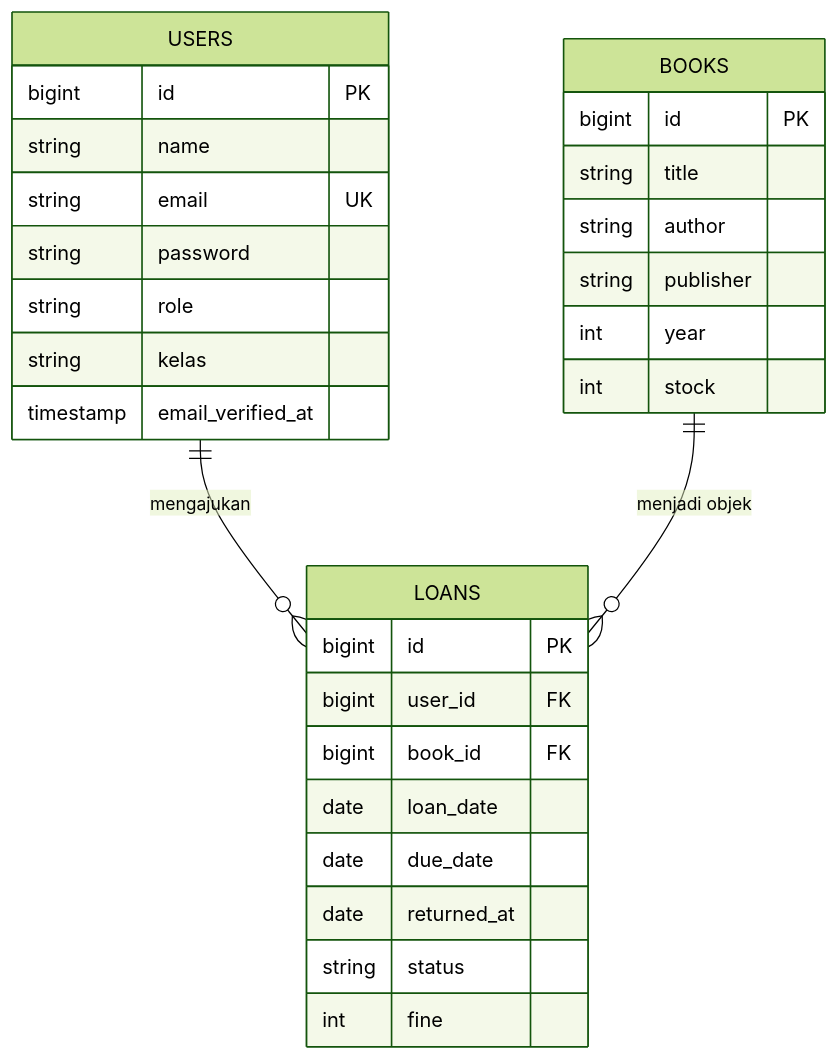
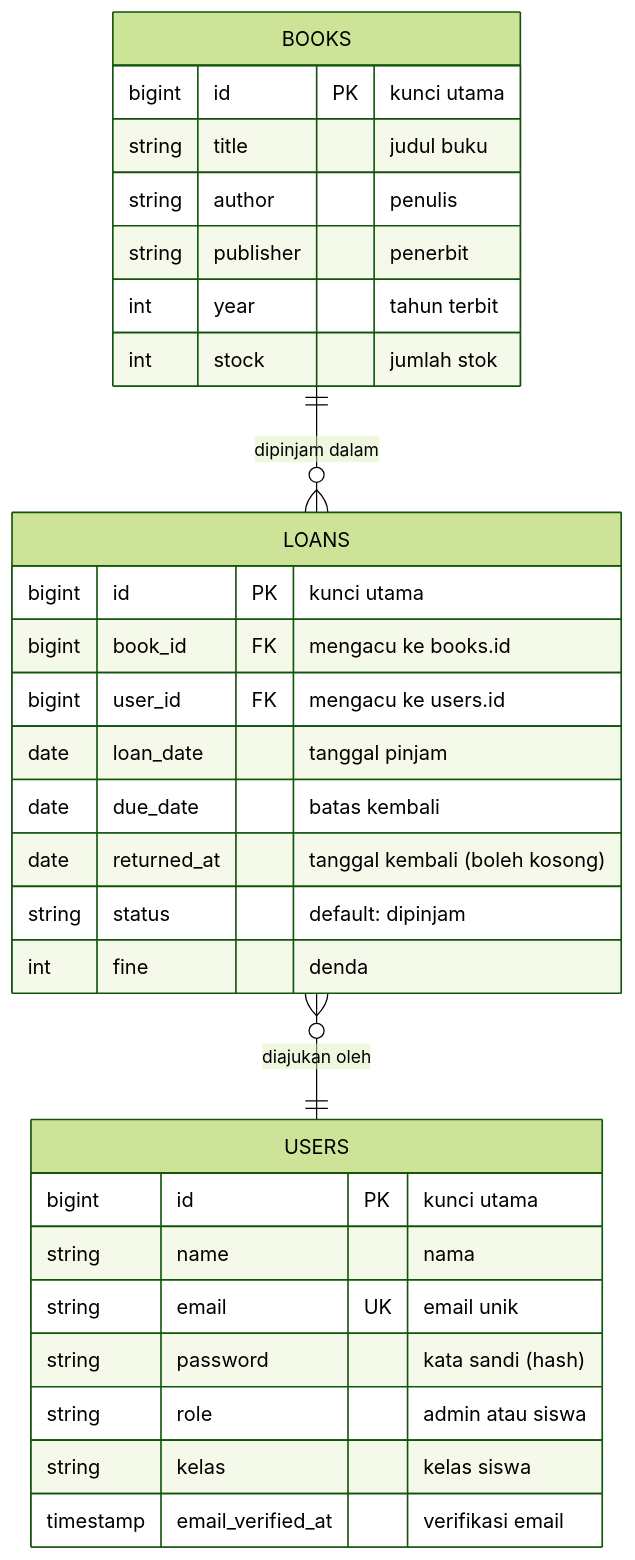
One commit to gesannn/UKK-2026-Andi-Alfatih-Ghaisan-Peminjaman-Buku changed the diagram in README.md. Above: the diagram before and after it, drawn with Mermaid (forest theme). The commit also changed other lines of this file, not shown here.

````diff
--- a/README.md
+++ b/README.md
@@ -41,32 +43,35 @@
 ```mermaid
 erDiagram
-  USERS ||--o{ LOANS : "mengajukan"
-  BOOKS ||--o{ LOANS : "menjadi objek"
+  BOOKS ||--o{ LOANS : "dipinjam dalam"
+  LOANS }o--|| USERS : "diajukan oleh"
+
+  BOOKS {
+    bigint id PK "kunci utama"
+    string title "judul buku"
+    string author "penulis"
+    string publisher "penerbit"
+    int year "tahun terbit"
+    int stock "jumlah stok"
+  }
+
+  LOANS {
+    bigint id PK "kunci utama"
+    bigint book_id FK "mengacu ke books.id"
+    bigint user_id FK "mengacu ke users.id"
+    date loan_date "tanggal pinjam"
+    date due_date "batas kembali"
+    date returned_at "tanggal kembali (boleh kosong)"
+    string status "default: dipinjam"
+    int fine "denda"
+  }
+
   USERS {
-    bigint id PK
-    string name
-    string email UK
-    string password
-    string role
-    string kelas
-    timestamp email_verified_at
-  }
-  BOOKS {
-    bigint id PK
-    string title
-    string author
-    string publisher
-    int year
-    int stock
-  }
-  LOANS {
-    bigint id PK
-    bigint user_id FK
-    bigint book_id FK
-    date loan_date
-    date due_date
-    date returned_at
-    string status
-    int fine
+    bigint id PK "kunci utama"
+    string name "nama"
+    string email UK "email unik"
+    string password "kata sandi (hash)"
+    string role "admin atau siswa"
+    string kelas "kelas siswa"
+    timestamp email_verified_at "verifikasi email"
   }
 ```
````
